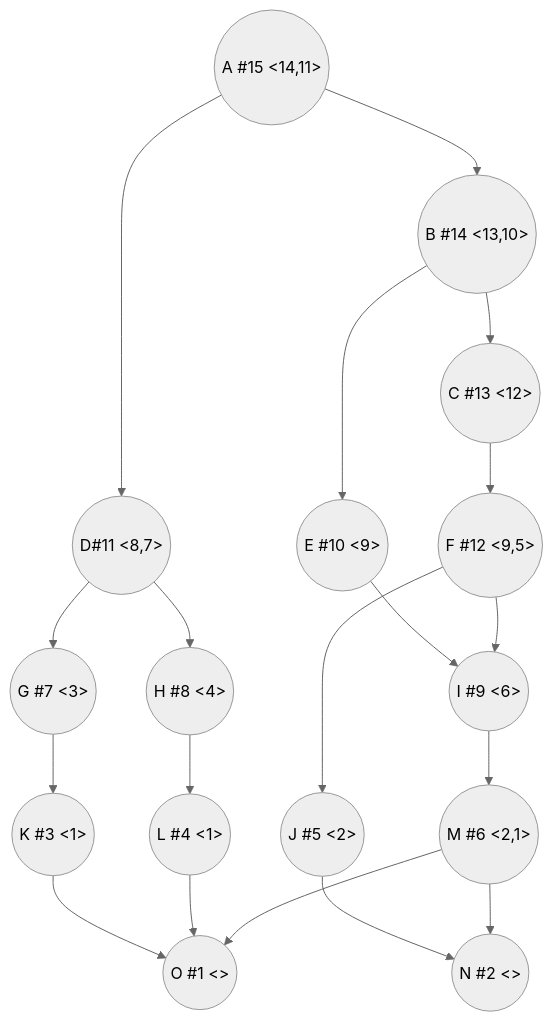
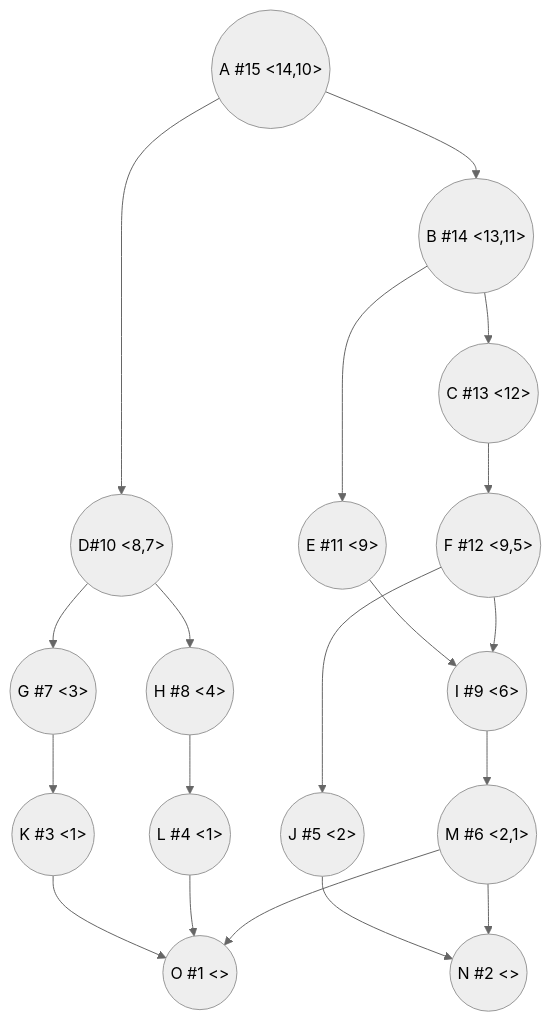
The third of 4 diagrams in task-7/biba-boba-task7.md (hse-algo-24-crow/manual-tasks-crow), drawn with Mermaid (neutral theme) before and after one commit. The commit also changed other lines of this file, not shown here.

````diff
--- a/task-7/biba-boba-task7.md
+++ b/task-7/biba-boba-task7.md
@@ -76,21 +76,21 @@
 ```mermaid
 graph TB
-A((A #15 <14,11>))-->D((D #13 <7,6>))
-A-->B((B #14 <13,10>))
+A((A #15 <14,10>))-->D((D #10 <8,7>))
+A-->B((B #14 <13,11>))
 B-->C((C #13 <12>))
-B-->E((E #10 <9>))
+B-->E((E #11 <9>))
 C-->F((F #12 <9,5>))
-D((D#11 <8,7>))-->G((G))
+D((D#10 <8,7>))-->G((G))
 D-->H((H #8 <4>))
 E-->I((I #9 <6>))
 F-->J((J #5 <2>))
 F-->I((I #9 <6>))
 G((G #7 <3>))-->K((K #3 <1>))
 H-->L((L #4 <1>))
 I-->M((M #6 <2,1>))
 J-->N((N))
 K-->O((O))
 L-->O((O #1 <>))
 M-->N((N #2 <>))
 M-->O
 ```
````
